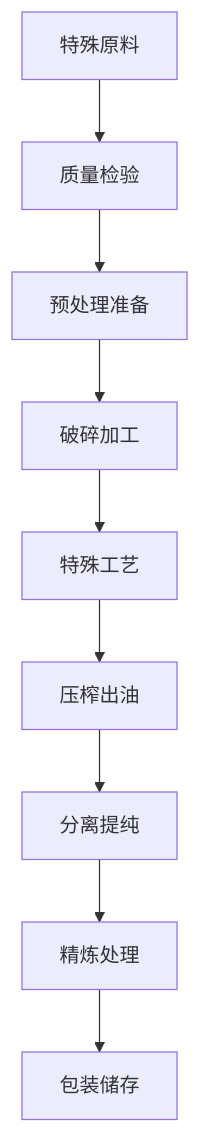
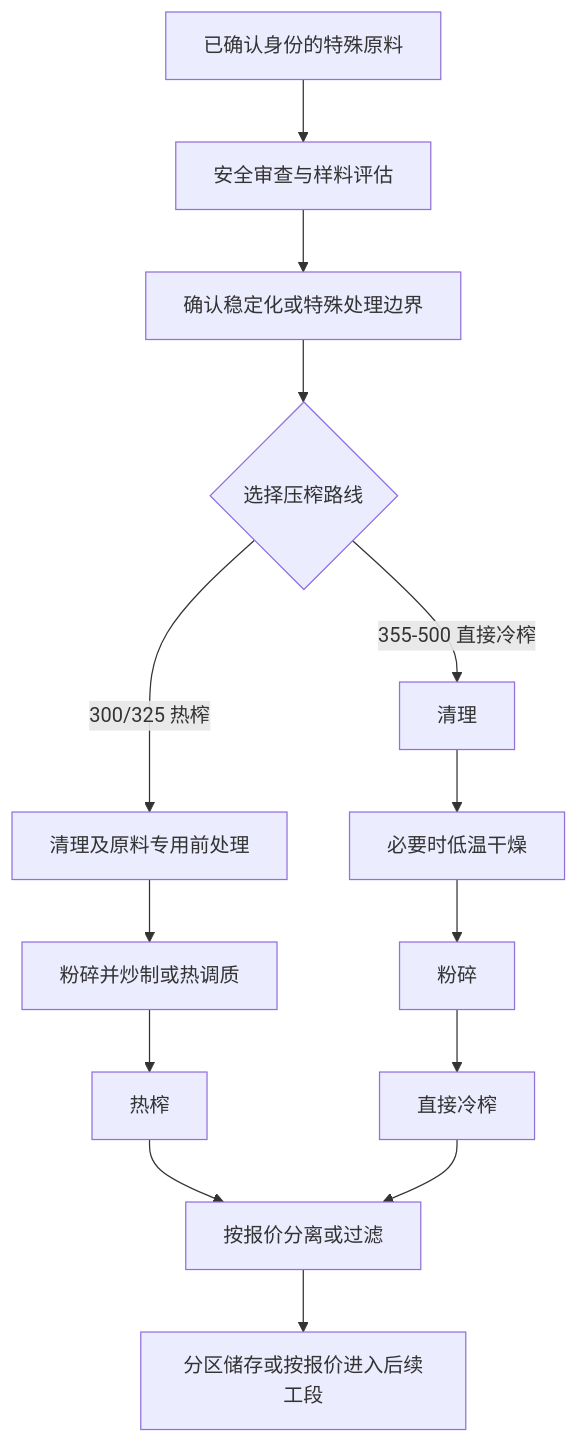
One commit to roryshanshan/oilpress-website changed the diagram in docs/zh/solutions/special-oils.md. Above: the diagram before and after it, drawn with Mermaid. The commit also changed other lines of this file and 1420 other files, not shown here.

````diff
--- a/docs/zh/solutions/special-oils.md
+++ b/docs/zh/solutions/special-oils.md
@@ -66,11 +33,16 @@
 ```mermaid
-graph TD
-    A[特殊原料] --> B[质量检验]
-    B --> C[预处理准备]
-    C --> D[破碎加工]
-    D --> E[特殊工艺]
-    E --> F[压榨出油]
-    F --> G[分离提纯]
-    G --> H[精炼处理]
-    H --> I[包装储存]
+flowchart TD
+    A[已确认身份的特殊原料] --> B[安全审查与样料评估]
+    B --> C[确认稳定化或特殊处理边界]
+    C --> D{选择压榨路线}
+    D -->|300/325 热榨| E[清理及原料专用前处理]
+    E --> F[粉碎并炒制或热调质]
+    F --> G[热榨]
+    D -->|355-500 直接冷榨| H[清理]
+    H --> I[必要时低温干燥]
+    I --> J[粉碎]
+    J --> K[直接冷榨]
+    G --> L[按报价分离或过滤]
+    K --> L
+    L --> M[分区储存或按报价进入后续工段]
 ```
````
